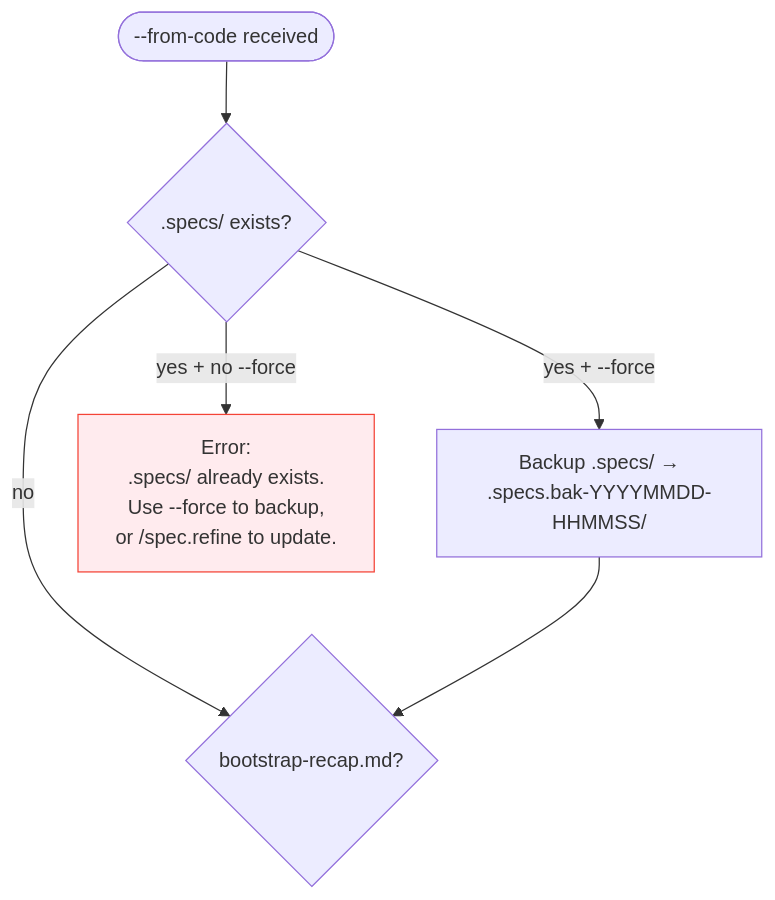
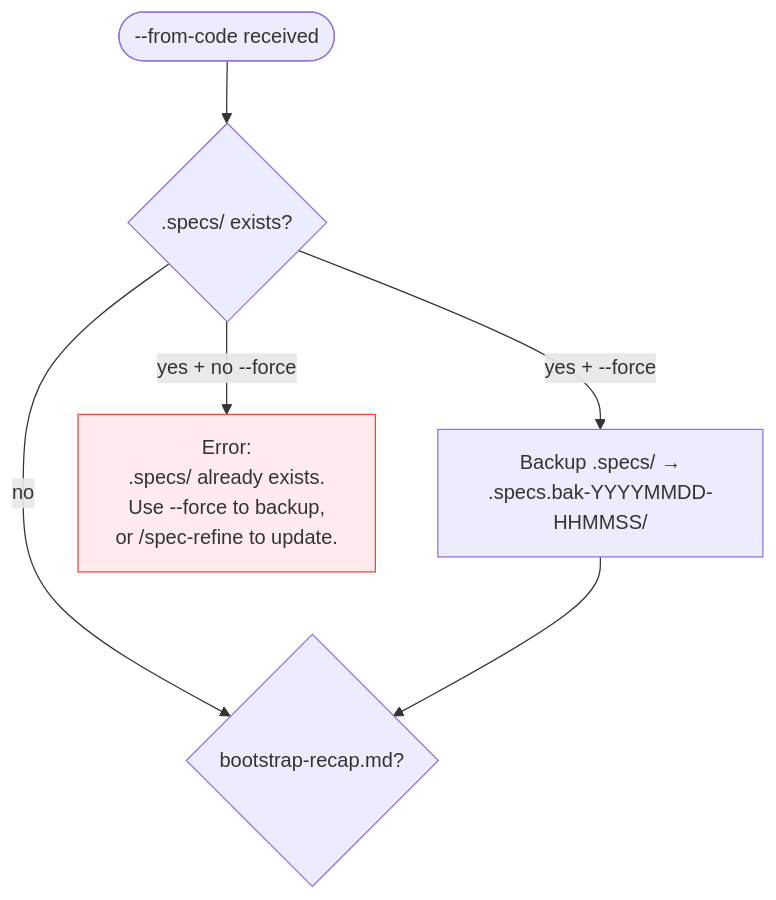
One commit to julien-m/livespec changed the first of 2 diagrams in system/from-code.md. Above: the diagram before and after it, drawn with Mermaid. The commit also changed other lines of this file and 312 other files, not shown here.

````diff
--- a/system/from-code.md
+++ b/system/from-code.md
@@ -30,10 +30,10 @@
 ```mermaid
 flowchart TD
     START(["--from-code received"]) --> SPECS{".specs/ exists?"}
     SPECS -->|"no"| RECAP_CHK
     SPECS -->|"yes + --force"| BAK["Backup .specs/ →\n.specs.bak-YYYYMMDD-HHMMSS/"]
-    SPECS -->|"yes + no --force"| ERR["Error:\n.specs/ already exists.\nUse --force to backup,\nor /spec.refine to update."]
+    SPECS -->|"yes + no --force"| ERR["Error:\n.specs/ already exists.\nUse --force to backup,\nor /spec-refine to update."]
     BAK --> RECAP_CHK{"bootstrap-recap.md?"}
 
     style ERR fill:#ffebee,stroke:#f44336
 ```
````
